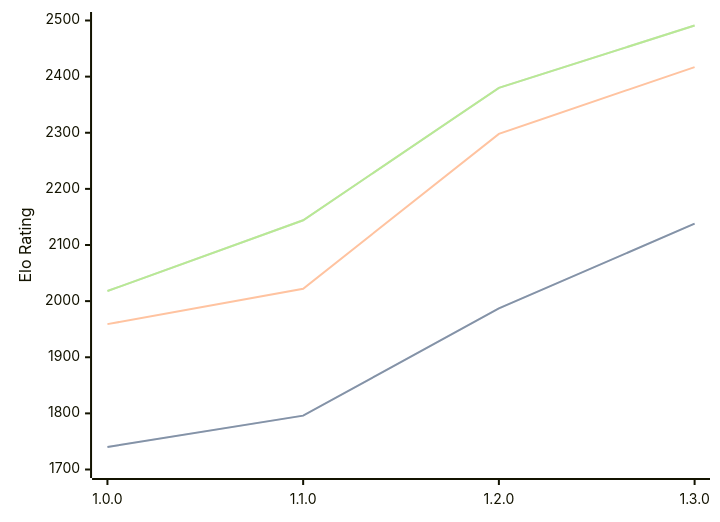
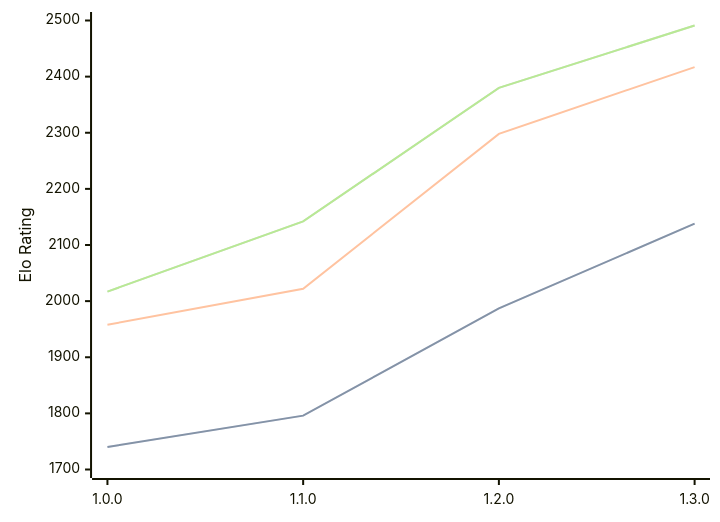
The third of 3 diagrams in engines/Anodos.md (computer-chess-index/cci), drawn with Mermaid before and after one commit. The commit also changed other lines of this file, not shown here.

Commit message:
Update CCI Ratings (ELO VLTC) - 2026-06-19

````diff
--- a/engines/Anodos.md
+++ b/engines/Anodos.md
@@ -78,11 +78,11 @@
 ```mermaid
 %%{init: {"theme":"base","themeVariables":{"seriesColors:['#a3a3a3','#222221','#faa371']}}}%%
 xychart-beta
   x-axis ["1.0.0", "1.1.0", "1.2.0", "1.3.0"]
   y-axis "Elo Rating" 1700 --> 2500
   line "STC (8.0+0.08s)" [1740, 1796, 1987, 2138]
   line "STC (8.0+0.08s)" [1740, 1796, 1987, 2138]
-  line "LTC (60.0+0.60s)" [1959, 2022, 2298, 2417]
-  line "VLTC (2m24s+1.12s)" [2018, 2144, 2380, 2491]
-  line "VLTC (2m24s+1.12s)" [2018, 2144, 2380, 2491]
+  line "LTC (60.0+0.60s)" [1958, 2022, 2298, 2417]
+  line "VLTC (2m24s+1.12s)" [2017, 2142, 2380, 2491]
+  line "VLTC (2m24s+1.12s)" [2017, 2142, 2380, 2491]
 ```
````
